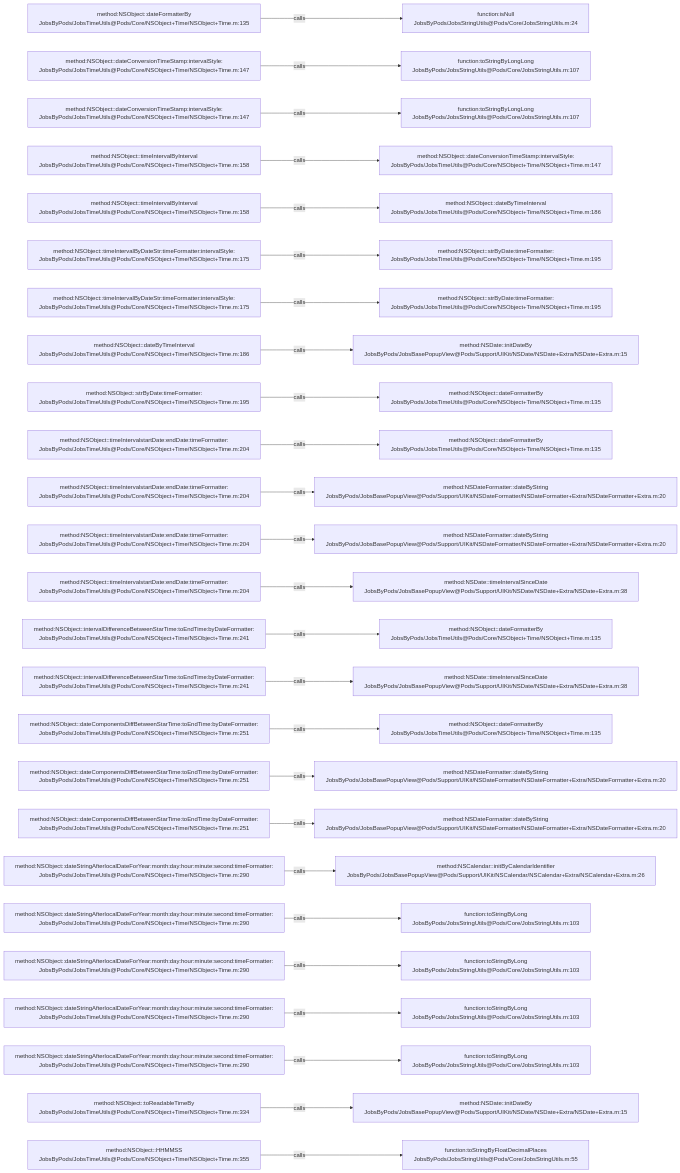
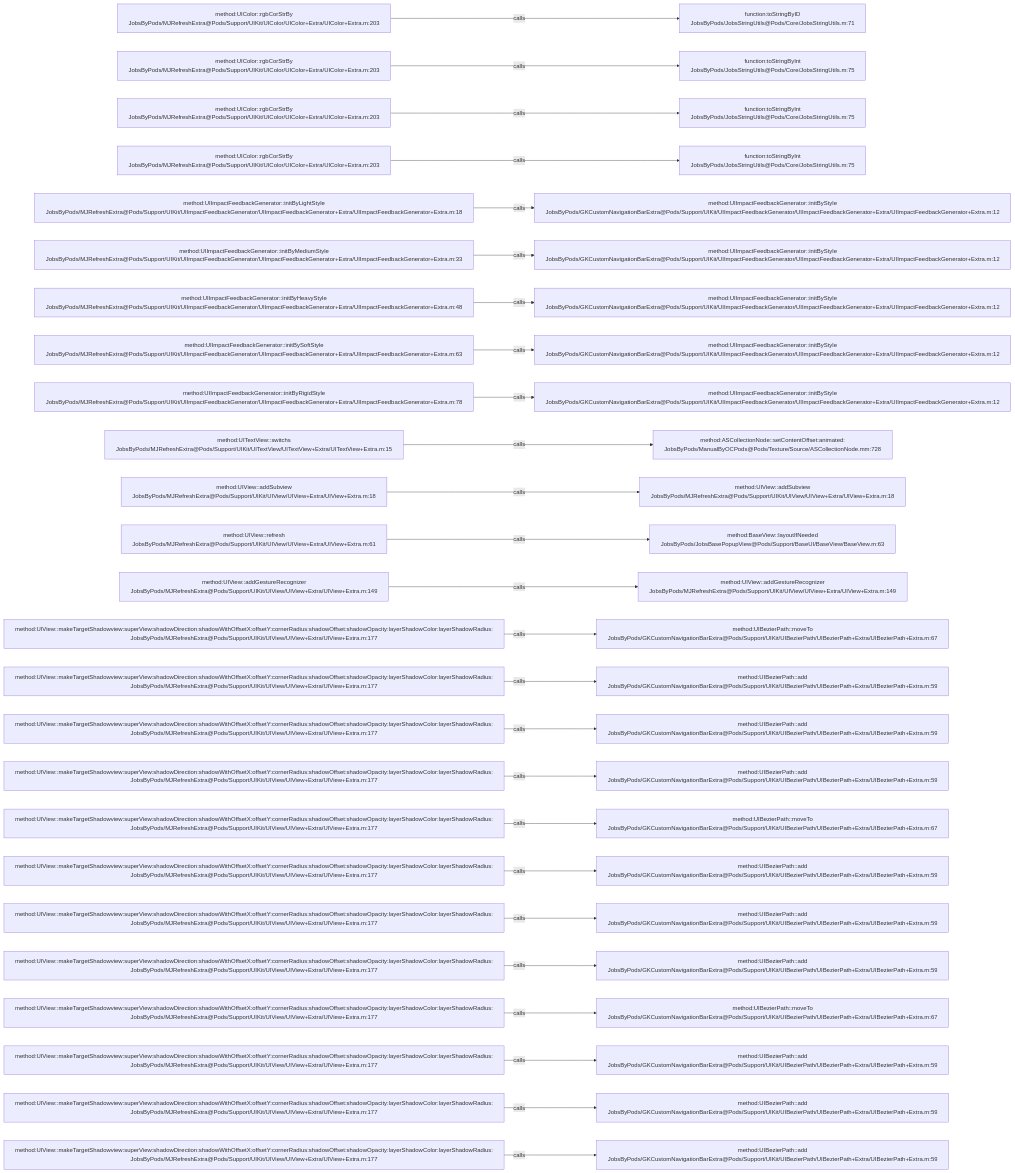
Before and after one commit to JobsKits/JobsOCBaseConfigDemo: the diagram in .codegraph/codegraph.md/graphs/calls-172.md, drawn with Mermaid. The commit also changed 639 other files, not shown here.

````diff
--- a/.codegraph/codegraph.md/graphs/calls-172.md
+++ b/.codegraph/codegraph.md/graphs/calls-172.md
@@ -13,78 +13,78 @@
 ```mermaid
 flowchart LR
-  S1["method:NSObject::dateFormatterBy<br/>JobsByPods/JobsTimeUtils@Pods/Core/NSObject+Time/NSObject+Time.m:135"]
-  T1["function:isNull<br/>JobsByPods/JobsStringUtils@Pods/Core/JobsStringUtils.m:24"]
+  S1["method:UIColor::rgbCorStrBy<br/>JobsByPods/MJRefreshExtra@Pods/Support/UIKit/UIColor/UIColor+Extra/UIColor+Extra.m:203"]
+  T1["function:toStringByID<br/>JobsByPods/JobsStringUtils@Pods/Core/JobsStringUtils.m:71"]
   S1 -->|calls| T1
-  S2["method:NSObject::dateConversionTimeStamp:intervalStyle:<br/>JobsByPods/JobsTimeUtils@Pods/Core/NSObject+Time/NSObject+Time.m:147"]
-  T2["function:toStringByLongLong<br/>JobsByPods/JobsStringUtils@Pods/Core/JobsStringUtils.m:107"]
+  S2["method:UIColor::rgbCorStrBy<br/>JobsByPods/MJRefreshExtra@Pods/Support/UIKit/UIColor/UIColor+Extra/UIColor+Extra.m:203"]
+  T2["function:toStringByInt<br/>JobsByPods/JobsStringUtils@Pods/Core/JobsStringUtils.m:75"]
   S2 -->|calls| T2
-  S3["method:NSObject::dateConversionTimeStamp:intervalStyle:<br/>JobsByPods/JobsTimeUtils@Pods/Core/NSObject+Time/NSObject+Time.m:147"]
-  T3["function:toStringByLongLong<br/>JobsByPods/JobsStringUtils@Pods/Core/JobsStringUtils.m:107"]
+  S3["method:UIColor::rgbCorStrBy<br/>JobsByPods/MJRefreshExtra@Pods/Support/UIKit/UIColor/UIColor+Extra/UIColor+Extra.m:203"]
+  T3["function:toStringByInt<br/>JobsByPods/JobsStringUtils@Pods/Core/JobsStringUtils.m:75"]
   S3 -->|calls| T3
-  S4["method:NSObject::timeIntervalByInterval<br/>JobsByPods/JobsTimeUtils@Pods/Core/NSObject+Time/NSObject+Time.m:158"]
-  T4["method:NSObject::dateConversionTimeStamp:intervalStyle:<br/>JobsByPods/JobsTimeUtils@Pods/Core/NSObject+Time/NSObject+Time.m:147"]
+  S4["method:UIColor::rgbCorStrBy<br/>JobsByPods/MJRefreshExtra@Pods/Support/UIKit/UIColor/UIColor+Extra/UIColor+Extra.m:203"]
+  T4["function:toStringByInt<br/>JobsByPods/JobsStringUtils@Pods/Core/JobsStringUtils.m:75"]
   S4 -->|calls| T4
-  S5["method:NSObject::timeIntervalByInterval<br/>JobsByPods/JobsTimeUtils@Pods/Core/NSObject+Time/NSObject+Time.m:158"]
-  T5["method:NSObject::dateByTimeInterval<br/>JobsByPods/JobsTimeUtils@Pods/Core/NSObject+Time/NSObject+Time.m:186"]
+  S5["method:UIImpactFeedbackGenerator::initByLightStyle<br/>JobsByPods/MJRefreshExtra@Pods/Support/UIKit/UIImpactFeedbackGenerator/UIImpactFeedbackGenerator+Extra/UIImpactFeedbackGenerator+Extra.m:18"]
+  T5["method:UIImpactFeedbackGenerator::initByStyle<br/>JobsByPods/GKCustomNavigationBarExtra@Pods/Support/UIKit/UIImpactFeedbackGenerator/UIImpactFeedbackGenerator+Extra/UIImpactFeedbackGenerator+Extra.m:12"]
   S5 -->|calls| T5
-  S6["method:NSObject::timeIntervalByDateStr:timeFormatter:intervalStyle:<br/>JobsByPods/JobsTimeUtils@Pods/Core/NSObject+Time/NSObject+Time.m:175"]
-  T6["method:NSObject::strByDate:timeFormatter:<br/>JobsByPods/JobsTimeUtils@Pods/Core/NSObject+Time/NSObject+Time.m:195"]
+  S6["method:UIImpactFeedbackGenerator::initByMediumStyle<br/>JobsByPods/MJRefreshExtra@Pods/Support/UIKit/UIImpactFeedbackGenerator/UIImpactFeedbackGenerator+Extra/UIImpactFeedbackGenerator+Extra.m:33"]
+  T6["method:UIImpactFeedbackGenerator::initByStyle<br/>JobsByPods/GKCustomNavigationBarExtra@Pods/Support/UIKit/UIImpactFeedbackGenerator/UIImpactFeedbackGenerator+Extra/UIImpactFeedbackGenerator+Extra.m:12"]
   S6 -->|calls| T6
-  S7["method:NSObject::timeIntervalByDateStr:timeFormatter:intervalStyle:<br/>JobsByPods/JobsTimeUtils@Pods/Core/NSObject+Time/NSObject+Time.m:175"]
-  T7["method:NSObject::strByDate:timeFormatter:<br/>JobsByPods/JobsTimeUtils@Pods/Core/NSObject+Time/NSObject+Time.m:195"]
+  S7["method:UIImpactFeedbackGenerator::initByHeavyStyle<br/>JobsByPods/MJRefreshExtra@Pods/Support/UIKit/UIImpactFeedbackGenerator/UIImpactFeedbackGenerator+Extra/UIImpactFeedbackGenerator+Extra.m:48"]
+  T7["method:UIImpactFeedbackGenerator::initByStyle<br/>JobsByPods/GKCustomNavigationBarExtra@Pods/Support/UIKit/UIImpactFeedbackGenerator/UIImpactFeedbackGenerator+Extra/UIImpactFeedbackGenerator+Extra.m:12"]
   S7 -->|calls| T7
-  S8["method:NSObject::dateByTimeInterval<br/>JobsByPods/JobsTimeUtils@Pods/Core/NSObject+Time/NSObject+Time.m:186"]
-  T8["method:NSDate::initDateBy<br/>JobsByPods/JobsBasePopupView@Pods/Support/UIKit/NSDate/NSDate+Extra/NSDate+Extra.m:15"]
+  S8["method:UIImpactFeedbackGenerator::initBySoftStyle<br/>JobsByPods/MJRefreshExtra@Pods/Support/UIKit/UIImpactFeedbackGenerator/UIImpactFeedbackGenerator+Extra/UIImpactFeedbackGenerator+Extra.m:63"]
+  T8["method:UIImpactFeedbackGenerator::initByStyle<br/>JobsByPods/GKCustomNavigationBarExtra@Pods/Support/UIKit/UIImpactFeedbackGenerator/UIImpactFeedbackGenerator+Extra/UIImpactFeedbackGenerator+Extra.m:12"]
   S8 -->|calls| T8
-  S9["method:NSObject::strByDate:timeFormatter:<br/>JobsByPods/JobsTimeUtils@Pods/Core/NSObject+Time/NSObject+Time.m:195"]
-  T9["method:NSObject::dateFormatterBy<br/>JobsByPods/JobsTimeUtils@Pods/Core/NSObject+Time/NSObject+Time.m:135"]
+  S9["method:UIImpactFeedbackGenerator::initByRigidStyle<br/>JobsByPods/MJRefreshExtra@Pods/Support/UIKit/UIImpactFeedbackGenerator/UIImpactFeedbackGenerator+Extra/UIImpactFeedbackGenerator+Extra.m:78"]
+  T9["method:UIImpactFeedbackGenerator::initByStyle<br/>JobsByPods/GKCustomNavigationBarExtra@Pods/Support/UIKit/UIImpactFeedbackGenerator/UIImpactFeedbackGenerator+Extra/UIImpactFeedbackGenerator+Extra.m:12"]
   S9 -->|calls| T9
-  S10["method:NSObject::timeIntervalstartDate:endDate:timeFormatter:<br/>JobsByPods/JobsTimeUtils@Pods/Core/NSObject+Time/NSObject+Time.m:204"]
-  T10["method:NSObject::dateFormatterBy<br/>JobsByPods/JobsTimeUtils@Pods/Core/NSObject+Time/NSObject+Time.m:135"]
+  S10["method:UITextView::switchs<br/>JobsByPods/MJRefreshExtra@Pods/Support/UIKit/UITextView/UITextView+Extra/UITextView+Extra.m:15"]
+  T10["method:ASCollectionNode::setContentOffset:animated:<br/>JobsByPods/ManualByOCPods@Pods/Texture/Source/ASCollectionNode.mm:728"]
   S10 -->|calls| T10
-  S11["method:NSObject::timeIntervalstartDate:endDate:timeFormatter:<br/>JobsByPods/JobsTimeUtils@Pods/Core/NSObject+Time/NSObject+Time.m:204"]
-  T11["method:NSDateFormatter::dateByString<br/>JobsByPods/JobsBasePopupView@Pods/Support/UIKit/NSDateFormatter/NSDateFormatter+Extra/NSDateFormatter+Extra.m:20"]
+  S11["method:UIView::addSubview<br/>JobsByPods/MJRefreshExtra@Pods/Support/UIKit/UIView/UIView+Extra/UIView+Extra.m:18"]
+  T11["method:UIView::addSubview<br/>JobsByPods/MJRefreshExtra@Pods/Support/UIKit/UIView/UIView+Extra/UIView+Extra.m:18"]
   S11 -->|calls| T11
-  S12["method:NSObject::timeIntervalstartDate:endDate:timeFormatter:<br/>JobsByPods/JobsTimeUtils@Pods/Core/NSObject+Time/NSObject+Time.m:204"]
-  T12["method:NSDateFormatter::dateByString<br/>JobsByPods/JobsBasePopupView@Pods/Support/UIKit/NSDateFormatter/NSDateFormatter+Extra/NSDateFormatter+Extra.m:20"]
+  S12["method:UIView::refresh<br/>JobsByPods/MJRefreshExtra@Pods/Support/UIKit/UIView/UIView+Extra/UIView+Extra.m:61"]
+  T12["method:BaseView::layoutIfNeeded<br/>JobsByPods/JobsBasePopupView@Pods/Support/BaseUI/BaseView/BaseView.m:63"]
   S12 -->|calls| T12
-  S13["method:NSObject::timeIntervalstartDate:endDate:timeFormatter:<br/>JobsByPods/JobsTimeUtils@Pods/Core/NSObject+Time/NSObject+Time.m:204"]
-  T13["method:NSDate::timeIntervalSinceDate<br/>JobsByPods/JobsBasePopupView@Pods/Support/UIKit/NSDate/NSDate+Extra/NSDate+Extra.m:38"]
+  S13["method:UIView::addGestureRecognizer<br/>JobsByPods/MJRefreshExtra@Pods/Support/UIKit/UIView/UIView+Extra/UIView+Extra.m:149"]
+  T13["method:UIView::addGestureRecognizer<br/>JobsByPods/MJRefreshExtra@Pods/Support/UIKit/UIView/UIView+Extra/UIView+Extra.m:149"]
   S13 -->|calls| T13
-  S14["method:NSObject::intervalDifferenceBetweenStarTime:toEndTime:byDateFormatter:<br/>JobsByPods/JobsTimeUtils@Pods/Core/NSObject+Time/NSObject+Time.m:241"]
-  T14["method:NSObject::dateFormatterBy<br/>JobsByPods/JobsTimeUtils@Pods/Core/NSObject+Time/NSObject+Time.m:135"]
+  S14["method:UIView::makeTargetShadowview:superView:shadowDirection:shadowWithOffsetX:offsetY:cornerRadius:shadowOffset:shadowOpacity:layerShadowColor:layerShadowRadius:<br/>JobsByPods/MJRefreshExtra@Pods/Support/UIKit/UIView/UIView+Extra/UIView+Extra.m:177"]
+  T14["method:UIBezierPath::moveTo<br/>JobsByPods/GKCustomNavigationBarExtra@Pods/Support/UIKit/UIBezierPath/UIBezierPath+Extra/UIBezierPath+Extra.m:67"]
   S14 -->|calls| T14
-  S15["method:NSObject::intervalDifferenceBetweenStarTime:toEndTime:byDateFormatter:<br/>JobsByPods/JobsTimeUtils@Pods/Core/NSObject+Time/NSObject+Time.m:241"]
-  T15["method:NSDate::timeIntervalSinceDate<br/>JobsByPods/JobsBasePopupView@Pods/Support/UIKit/NSDate/NSDate+Extra/NSDate+Extra.m:38"]
+  S15["method:UIView::makeTargetShadowview:superView:shadowDirection:shadowWithOffsetX:offsetY:cornerRadius:shadowOffset:shadowOpacity:layerShadowColor:layerShadowRadius:<br/>JobsByPods/MJRefreshExtra@Pods/Support/UIKit/UIView/UIView+Extra/UIView+Extra.m:177"]
+  T15["method:UIBezierPath::add<br/>JobsByPods/GKCustomNavigationBarExtra@Pods/Support/UIKit/UIBezierPath/UIBezierPath+Extra/UIBezierPath+Extra.m:59"]
   S15 -->|calls| T15
-  S16["method:NSObject::dateComponentsDiffBetweenStarTime:toEndTime:byDateFormatter:<br/>JobsByPods/JobsTimeUtils@Pods/Core/NSObject+Time/NSObject+Time.m:251"]
-  T16["method:NSObject::dateFormatterBy<br/>JobsByPods/JobsTimeUtils@Pods/Core/NSObject+Time/NSObject+Time.m:135"]
+  S16["method:UIView::makeTargetShadowview:superView:shadowDirection:shadowWithOffsetX:offsetY:cornerRadius:shadowOffset:shadowOpacity:layerShadowColor:layerShadowRadius:<br/>JobsByPods/MJRefreshExtra@Pods/Support/UIKit/UIView/UIView+Extra/UIView+Extra.m:177"]
+  T16["method:UIBezierPath::add<br/>JobsByPods/GKCustomNavigationBarExtra@Pods/Support/UIKit/UIBezierPath/UIBezierPath+Extra/UIBezierPath+Extra.m:59"]
   S16 -->|calls| T16
-  S17["method:NSObject::dateComponentsDiffBetweenStarTime:toEndTime:byDateFormatter:<br/>JobsByPods/JobsTimeUtils@Pods/Core/NSObject+Time/NSObject+Time.m:251"]
-  T17["method:NSDateFormatter::dateByString<br/>JobsByPods/JobsBasePopupView@Pods/Support/UIKit/NSDateFormatter/NSDateFormatter+Extra/NSDateFormatter+Extra.m:20"]
+  S17["method:UIView::makeTargetShadowview:superView:shadowDirection:shadowWithOffsetX:offsetY:cornerRadius:shadowOffset:shadowOpacity:layerShadowColor:layerShadowRadius:<br/>JobsByPods/MJRefreshExtra@Pods/Support/UIKit/UIView/UIView+Extra/UIView+Extra.m:177"]
+  T17["method:UIBezierPath::add<br/>JobsByPods/GKCustomNavigationBarExtra@Pods/Support/UIKit/UIBezierPath/UIBezierPath+Extra/UIBezierPath+Extra.m:59"]
   S17 -->|calls| T17
-  S18["method:NSObject::dateComponentsDiffBetweenStarTime:toEndTime:byDateFormatter:<br/>JobsByPods/JobsTimeUtils@Pods/Core/NSObject+Time/NSObject+Time.m:251"]
-  T18["method:NSDateFormatter::dateByString<br/>JobsByPods/JobsBasePopupView@Pods/Support/UIKit/NSDateFormatter/NSDateFormatter+Extra/NSDateFormatter+Extra.m:20"]
+  S18["method:UIView::makeTargetShadowview:superView:shadowDirection:shadowWithOffsetX:offsetY:cornerRadius:shadowOffset:shadowOpacity:layerShadowColor:layerShadowRadius:<br/>JobsByPods/MJRefreshExtra@Pods/Support/UIKit/UIView/UIView+Extra/UIView+Extra.m:177"]
+  T18["method:UIBezierPath::moveTo<br/>JobsByPods/GKCustomNavigationBarExtra@Pods/Support/UIKit/UIBezierPath/UIBezierPath+Extra/UIBezierPath+Extra.m:67"]
   S18 -->|calls| T18
-  S19["method:NSObject::dateStringAfterlocalDateForYear:month:day:hour:minute:second:timeFormatter:<br/>JobsByPods/JobsTimeUtils@Pods/Core/NSObject+Time/NSObject+Time.m:290"]
-  T19["method:NSCalendar::initByCalendarIdentifier<br/>JobsByPods/JobsBasePopupView@Pods/Support/UIKit/NSCalendar/NSCalendar+Extra/NSCalendar+Extra.m:26"]
+  S19["method:UIView::makeTargetShadowview:superView:shadowDirection:shadowWithOffsetX:offsetY:cornerRadius:shadowOffset:shadowOpacity:layerShadowColor:layerShadowRadius:<br/>JobsByPods/MJRefreshExtra@Pods/Support/UIKit/UIView/UIView+Extra/UIView+Extra.m:177"]
+  T19["method:UIBezierPath::add<br/>JobsByPods/GKCustomNavigationBarExtra@Pods/Support/UIKit/UIBezierPath/UIBezierPath+Extra/UIBezierPath+Extra.m:59"]
   S19 -->|calls| T19
-  S20["method:NSObject::dateStringAfterlocalDateForYear:month:day:hour:minute:second:timeFormatter:<br/>JobsByPods/JobsTimeUtils@Pods/Core/NSObject+Time/NSObject+Time.m:290"]
-  T20["function:toStringByLong<br/>JobsByPods/JobsStringUtils@Pods/Core/JobsStringUtils.m:103"]
+  S20["method:UIView::makeTargetShadowview:superView:shadowDirection:shadowWithOffsetX:offsetY:cornerRadius:shadowOffset:shadowOpacity:layerShadowColor:layerShadowRadius:<br/>JobsByPods/MJRefreshExtra@Pods/Support/UIKit/UIView/UIView+Extra/UIView+Extra.m:177"]
+  T20["method:UIBezierPath::add<br/>JobsByPods/GKCustomNavigationBarExtra@Pods/Support/UIKit/UIBezierPath/UIBezierPath+Extra/UIBezierPath+Extra.m:59"]
   S20 -->|calls| T20
-  S21["method:NSObject::dateStringAfterlocalDateForYear:month:day:hour:minute:second:timeFormatter:<br/>JobsByPods/JobsTimeUtils@Pods/Core/NSObject+Time/NSObject+Time.m:290"]
-  T21["function:toStringByLong<br/>JobsByPods/JobsStringUtils@Pods/Core/JobsStringUtils.m:103"]
+  S21["method:UIView::makeTargetShadowview:superView:shadowDirection:shadowWithOffsetX:offsetY:cornerRadius:shadowOffset:shadowOpacity:layerShadowColor:layerShadowRadius:<br/>JobsByPods/MJRefreshExtra@Pods/Support/UIKit/UIView/UIView+Extra/UIView+Extra.m:177"]
+  T21["method:UIBezierPath::add<br/>JobsByPods/GKCustomNavigationBarExtra@Pods/Support/UIKit/UIBezierPath/UIBezierPath+Extra/UIBezierPath+Extra.m:59"]
   S21 -->|calls| T21
-  S22["method:NSObject::dateStringAfterlocalDateForYear:month:day:hour:minute:second:timeFormatter:<br/>JobsByPods/JobsTimeUtils@Pods/Core/NSObject+Time/NSObject+Time.m:290"]
-  T22["function:toStringByLong<br/>JobsByPods/JobsStringUtils@Pods/Core/JobsStringUtils.m:103"]
+  S22["method:UIView::makeTargetShadowview:superView:shadowDirection:shadowWithOffsetX:offsetY:cornerRadius:shadowOffset:shadowOpacity:layerShadowColor:layerShadowRadius:<br/>JobsByPods/MJRefreshExtra@Pods/Support/UIKit/UIView/UIView+Extra/UIView+Extra.m:177"]
+  T22["method:UIBezierPath::moveTo<br/>JobsByPods/GKCustomNavigationBarExtra@Pods/Support/UIKit/UIBezierPath/UIBezierPath+Extra/UIBezierPath+Extra.m:67"]
   S22 -->|calls| T22
-  S23["method:NSObject::dateStringAfterlocalDateForYear:month:day:hour:minute:second:timeFormatter:<br/>JobsByPods/JobsTimeUtils@Pods/Core/NSObject+Time/NSObject+Time.m:290"]
-  T23["function:toStringByLong<br/>JobsByPods/JobsStringUtils@Pods/Core/JobsStringUtils.m:103"]
+  S23["method:UIView::makeTargetShadowview:superView:shadowDirection:shadowWithOffsetX:offsetY:cornerRadius:shadowOffset:shadowOpacity:layerShadowColor:layerShadowRadius:<br/>JobsByPods/MJRefreshExtra@Pods/Support/UIKit/UIView/UIView+Extra/UIView+Extra.m:177"]
+  T23["method:UIBezierPath::add<br/>JobsByPods/GKCustomNavigationBarExtra@Pods/Support/UIKit/UIBezierPath/UIBezierPath+Extra/UIBezierPath+Extra.m:59"]
   S23 -->|calls| T23
-  S24["method:NSObject::toReadableTimeBy<br/>JobsByPods/JobsTimeUtils@Pods/Core/NSObject+Time/NSObject+Time.m:334"]
-  T24["method:NSDate::initDateBy<br/>JobsByPods/JobsBasePopupView@Pods/Support/UIKit/NSDate/NSDate+Extra/NSDate+Extra.m:15"]
+  S24["method:UIView::makeTargetShadowview:superView:shadowDirection:shadowWithOffsetX:offsetY:cornerRadius:shadowOffset:shadowOpacity:layerShadowColor:layerShadowRadius:<br/>JobsByPods/MJRefreshExtra@Pods/Support/UIKit/UIView/UIView+Extra/UIView+Extra.m:177"]
+  T24["method:UIBezierPath::add<br/>JobsByPods/GKCustomNavigationBarExtra@Pods/Support/UIKit/UIBezierPath/UIBezierPath+Extra/UIBezierPath+Extra.m:59"]
   S24 -->|calls| T24
-  S25["method:NSObject::HHMMSS<br/>JobsByPods/JobsTimeUtils@Pods/Core/NSObject+Time/NSObject+Time.m:355"]
-  T25["function:toStringByFloatDecimalPlaces<br/>JobsByPods/JobsStringUtils@Pods/Core/JobsStringUtils.m:55"]
+  S25["method:UIView::makeTargetShadowview:superView:shadowDirection:shadowWithOffsetX:offsetY:cornerRadius:shadowOffset:shadowOpacity:layerShadowColor:layerShadowRadius:<br/>JobsByPods/MJRefreshExtra@Pods/Support/UIKit/UIView/UIView+Extra/UIView+Extra.m:177"]
+  T25["method:UIBezierPath::add<br/>JobsByPods/GKCustomNavigationBarExtra@Pods/Support/UIKit/UIBezierPath/UIBezierPath+Extra/UIBezierPath+Extra.m:59"]
   S25 -->|calls| T25
 ```
````
